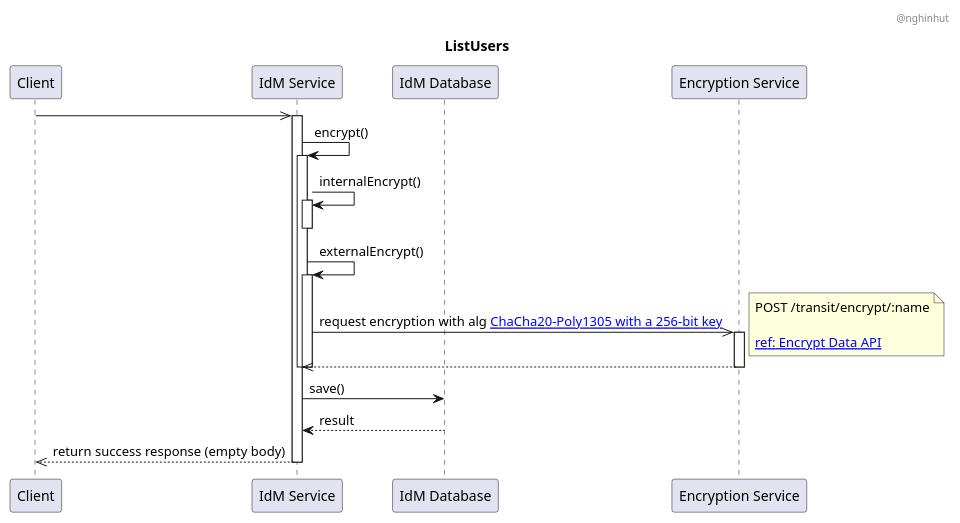
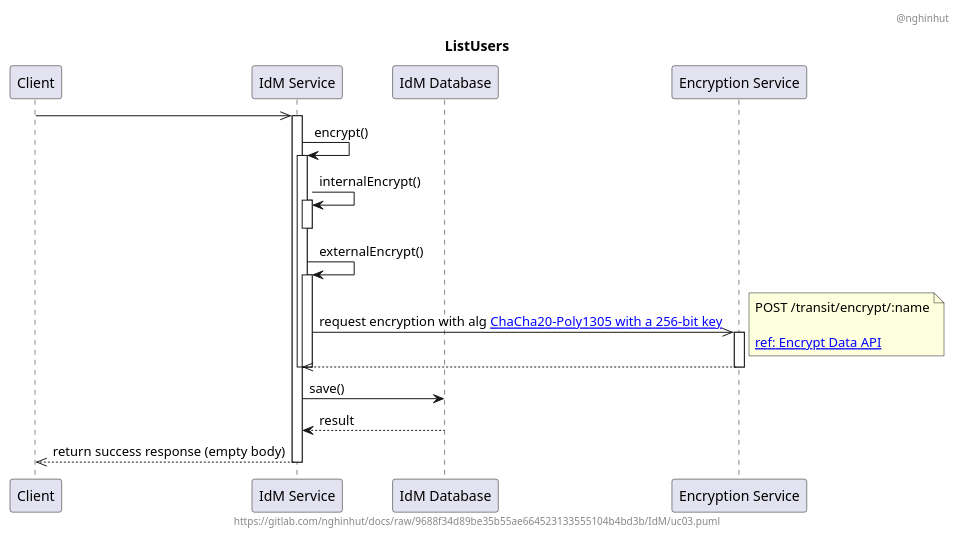
Before and after one commit to nghinhut/docs: the diagram in IdM/uc03.sequence.puml, drawn with PlantUML. The commit also changed 18 other files, not shown here.

Commit message:
Update diagrams

```diff
--- a/IdM/uc03.sequence.puml
+++ b/IdM/uc03.sequence.puml
@@ -1,42 +1,55 @@
 @startuml
-'-----BEGIN HEADER-----
-'-----END HEADER-----
+'-----START auto generated metadata please keep comment here to allow auto update-----
+'-----DON'T EDIT THIS SECTION, INSTEAD RE-RUN prebuild.sh TO UPDATE-----
+header @nghinhut
+footer https://gitlab.com/nghinhut/docs/raw/9688f34d89be35b55ae664523133555104b4bd3b/IdM/uc03.puml
+'-----END auto generated metadata please keep comment here to allow auto update-----
+
+
+
+
+
+
+
+
+
+
 
 header @nghinhut
 title ListUsers
 
 participant "Client" as client
 participant "IdM Service" as idm
 participant "IdM Database" as db
 participant "Encryption Service" as es
 
 client ->> idm
 activate idm
 
 idm -> idm : encrypt()
 activate idm
 idm -> idm : internalEncrypt()
 activate idm
 deactivate idm
 
 idm -> idm : externalEncrypt()
 activate idm
 idm ->> es : request encryption with alg [[https://www.vaultproject.io/docs/secrets/transit/index.html#chacha20-poly1305 ChaCha20-Poly1305 with a 256-bit key]]
 note right
     POST /transit/encrypt/:name
 
     [[https://www.vaultproject.io/api/secret/transit/index.html#encrypt-data ref: Encrypt Data API]]
 end note
 activate es
 idm <<-- es
 deactivate es
 deactivate idm
 deactivate idm
 
 idm -> db : save()
 idm <-- db : result
 
 client <<-- idm : return success response (empty body)
 deactivate idm
 
 @enduml
```
